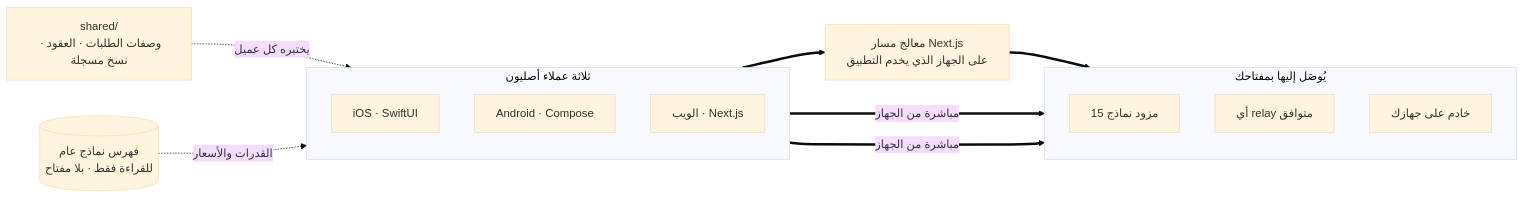
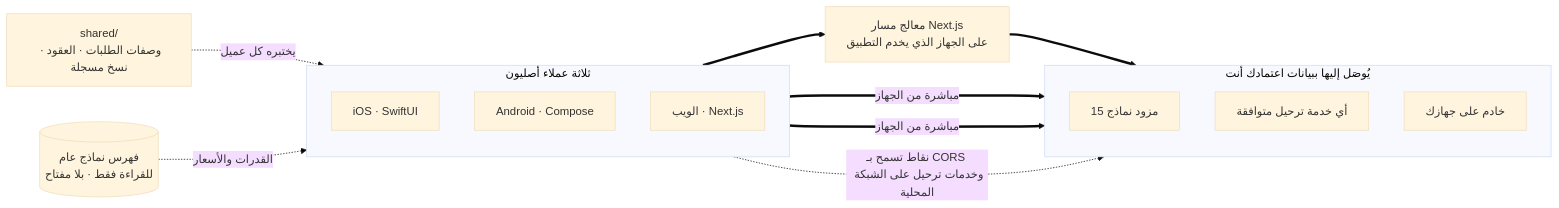
One commit to oriveo/oriveo changed the diagram in readme_i18n/ar/README.md. Above: the diagram before and after it, drawn with Mermaid (base theme). The commit also changed other lines of this file and 89 other files, not shown here.

````diff
--- a/readme_i18n/ar/README.md
+++ b/readme_i18n/ar/README.md
@@ -175,26 +184,27 @@
 ```mermaid
 flowchart LR
     shared["shared/<br/>وصفات الطلبات · العقود · نسخ مسجلة"]
 
     subgraph clients ["ثلاثة عملاء أصليون"]
         direction TB
         ios["iOS · SwiftUI"]
         android["Android · Compose"]
         web["الويب · Next.js"]
     end
 
     route["معالج مسار Next.js<br/>على الجهاز الذي يخدم التطبيق"]
 
-    subgraph upstream ["يُوصَل إليها بمفتاحك"]
+    subgraph upstream ["يُوصَل إليها ببيانات اعتمادك أنت"]
         official["15 مزود نماذج"]
-        relay["أي relay متوافق"]
+        relay["أي خدمة ترحيل متوافقة"]
         local["خادم على جهازك"]
     end
 
     catalog[("فهرس نماذج عام<br/>للقراءة فقط · بلا مفتاح")]
 
     shared -.->|"يختبره كل عميل"| clients
     catalog -.->|"القدرات والأسعار"| clients
     ios & android ==>|"مباشرة من الجهاز"| upstream
     web ==> route ==> upstream
+    web -.->|"نقاط تسمح بـ CORS وخدمات ترحيل على الشبكة المحلية"| upstream
 ```
````
